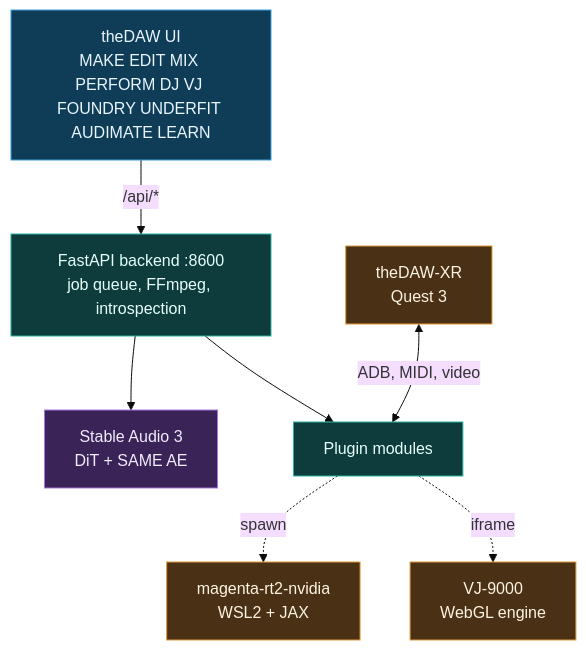
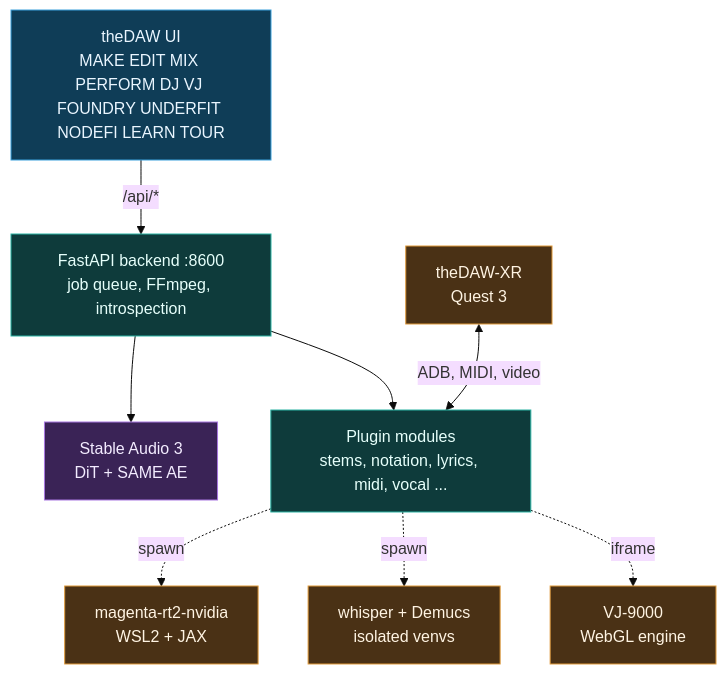
One commit to danieljtrujillo/theDAW changed the first of 3 diagrams in README.md. Above: the diagram before and after it, drawn with Mermaid (base theme). The commit also changed other lines of this file and 36 other files, not shown here.

````diff
--- a/README.md
+++ b/README.md
@@ -331,20 +347,22 @@
 ```mermaid
 flowchart TD
-  UI["theDAW UI<br/>MAKE EDIT MIX PERFORM DJ VJ FOUNDRY UNDERFIT AUDIMATE LEARN"]:::in
+  UI["theDAW UI<br/>MAKE EDIT MIX PERFORM DJ VJ FOUNDRY UNDERFIT NODEFI LEARN TOUR"]:::in
   API["FastAPI backend :8600<br/>job queue, FFmpeg, introspection"]:::proc
   SA3["Stable Audio 3<br/>DiT + SAME AE"]:::eng
-  MODS["Plugin modules"]:::proc
+  MODS["Plugin modules<br/>stems, notation, lyrics, midi, vocal ..."]:::proc
   MRT2["magenta-rt2-nvidia<br/>WSL2 + JAX"]:::side
+  WSP["whisper + Demucs<br/>isolated venvs"]:::side
   VJ["VJ-9000<br/>WebGL engine"]:::side
   XR["theDAW-XR<br/>Quest 3"]:::side
   UI -->|/api/*| API
   API --> SA3
   API --> MODS
   MODS -. spawn .-> MRT2
+  MODS -. spawn .-> WSP
   MODS -. iframe .-> VJ
   XR <-->|ADB, MIDI, video| MODS
   classDef in fill:#0f3d57,stroke:#3aa0db,color:#eaf6ff;
   classDef eng fill:#3a2356,stroke:#a877e0,color:#f3ecff;
   classDef proc fill:#0e3b3b,stroke:#2bb3a3,color:#e6fffb;
   classDef side fill:#4a3115,stroke:#e09a3a,color:#fff4e3;
 ```
````
